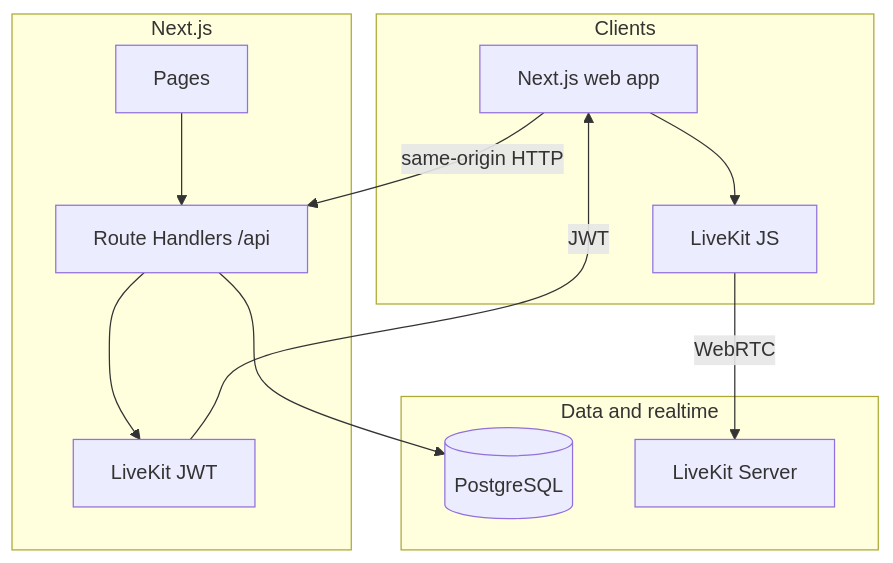
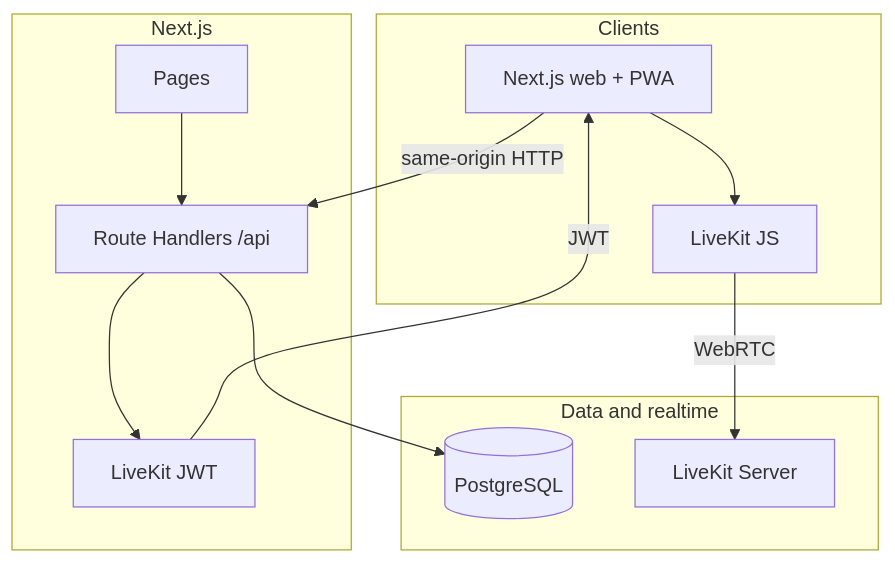
Before and after one commit to GhayoorAli/meetme: the first of 2 diagrams in README.md, drawn with Mermaid. The commit also changed other lines of this file, not shown here.

````diff
--- a/README.md
+++ b/README.md
@@ -39,26 +55,26 @@
 ```mermaid
 graph TB
     subgraph clients ["Clients"]
-        Web["Next.js web app"]
+        Web["Next.js web + PWA"]
         LKWeb["LiveKit JS"]
         Web --> LKWeb
     end
 
     subgraph next ["Next.js"]
         UI["Pages"]
         API["Route Handlers /api"]
         Token["LiveKit JWT"]
         UI --> API
         API --> Token
     end
 
     subgraph data ["Data and realtime"]
         DB[(PostgreSQL)]
         LKS["LiveKit Server"]
     end
 
     Web -->|"same-origin HTTP"| API
     API --> DB
     Token -->|"JWT"| Web
     LKWeb -->|"WebRTC"| LKS
 ```
````
